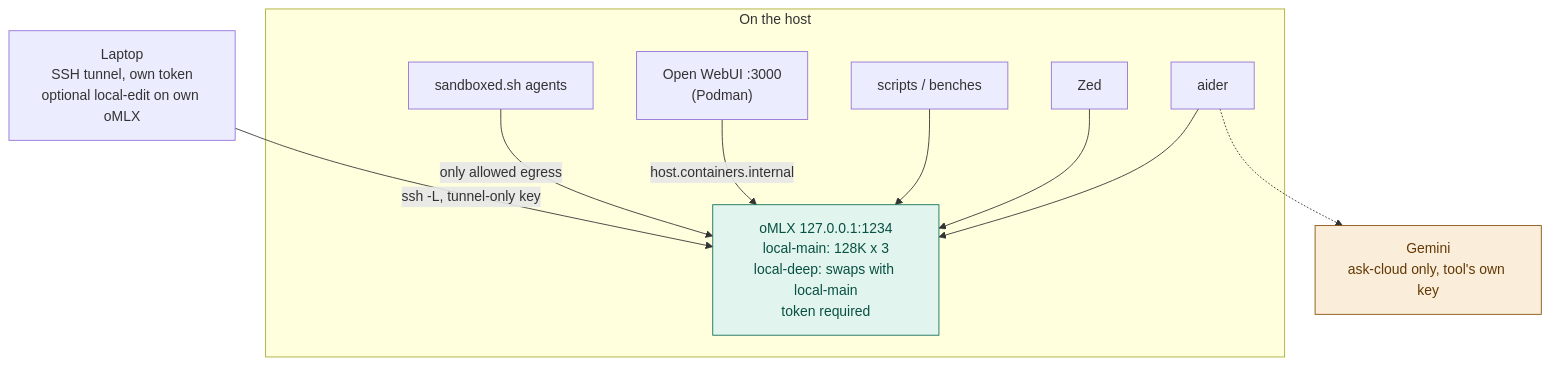
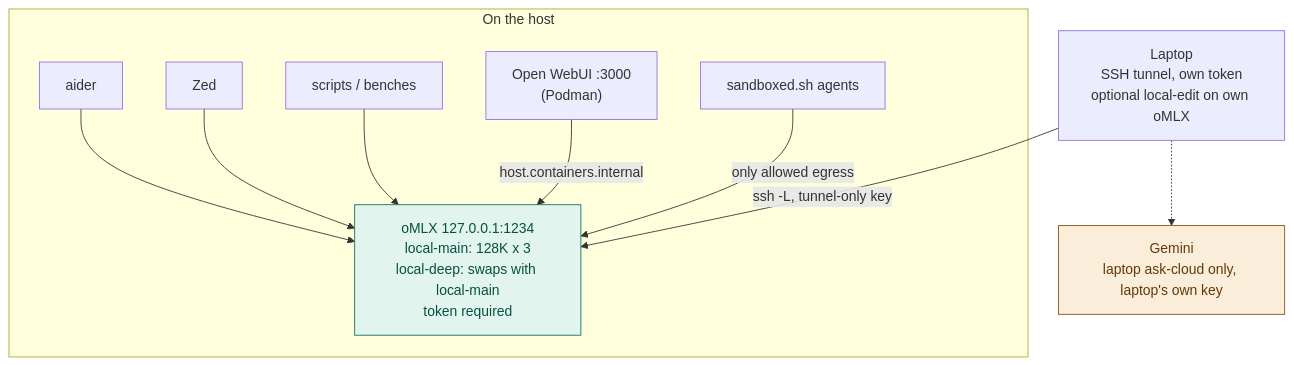
One commit to ouster/hearth changed the diagram in docs/ARCHITECTURE.md. Above: the diagram before and after it, drawn with Mermaid. The commit also changed other lines of this file and 17 other files, not shown here.

First line of the commit message:
Make cloud-cheap client-only and trim the ask aliases.

````diff
--- a/docs/ARCHITECTURE.md
+++ b/docs/ARCHITECTURE.md
@@ -10,27 +10,27 @@
 ```mermaid
 flowchart TB
     subgraph onHost["On the host"]
         aider["aider"]
         zed["Zed"]
         scripts["scripts / benches"]
         webui["Open WebUI :3000<br/>(Podman)"]
         sbx["sandboxed.sh agents"]
         srv["oMLX 127.0.0.1:1234<br/>local-main: 128K x 3<br/>local-deep: swaps with local-main<br/>token required"]
     end
 
     laptop["Laptop<br/>SSH tunnel, own token<br/>optional local-edit on own oMLX"]
-    cloud["Gemini<br/>ask-cloud only, tool's own key"]
+    cloud["Gemini<br/>laptop ask-cloud only, laptop's own key"]
 
     aider --> srv
     zed --> srv
     scripts --> srv
     webui -->|"host.containers.internal"| srv
     sbx -->|"only allowed egress"| srv
     laptop -->|"ssh -L, tunnel-only key"| srv
-    aider -.-> cloud
+    laptop -.-> cloud
 
     classDef localCls fill:#E1F5EE,stroke:#0F6E56,color:#085041
     classDef leaveCls fill:#FAEEDA,stroke:#854F0B,color:#633806
     class srv localCls
     class cloud leaveCls
 ```
````
